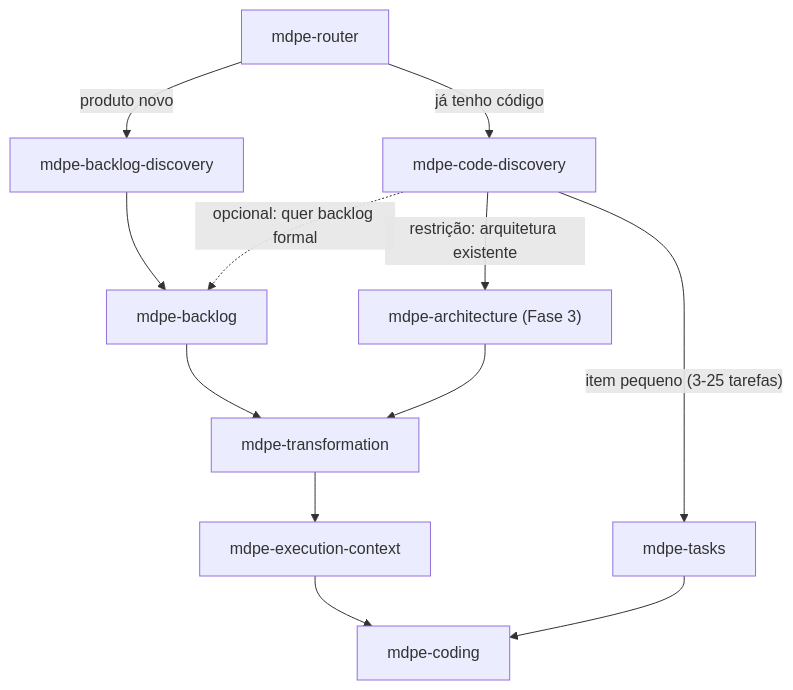
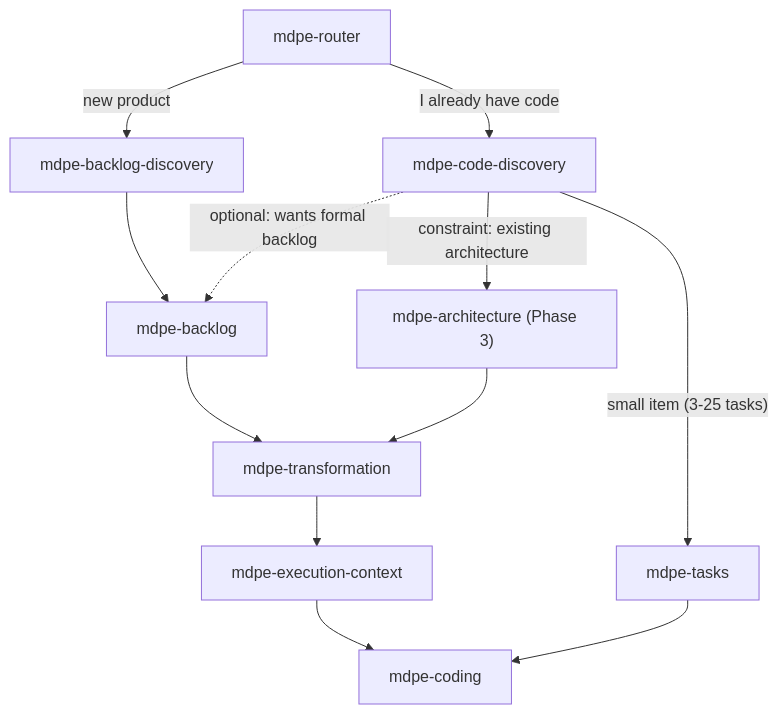
Before and after one commit to kallebelins/mdpe-skills: the diagram in docs/adr/adr-001-brownfield-discovery.md, drawn with Mermaid. The commit also changed other lines of this file and 15 other files, not shown here.

````diff
--- a/docs/adr/adr-001-brownfield-discovery.md
+++ b/docs/adr/adr-001-brownfield-discovery.md
@@ -57,14 +58,14 @@
 ```mermaid
 graph TD
-    R[mdpe-router] -->|produto novo| D[mdpe-backlog-discovery]
-    R -->|"já tenho código"| CD[mdpe-code-discovery]
+    R[mdpe-router] -->|new product| D[mdpe-backlog-discovery]
+    R -->|"I already have code"| CD[mdpe-code-discovery]
     D --> B[mdpe-backlog]
-    CD -.->|"opcional: quer backlog formal"| B
-    CD -->|"restrição: arquitetura existente"| A["mdpe-architecture (Fase 3)"]
-    CD -->|"item pequeno (3-25 tarefas)"| MT[mdpe-tasks]
+    CD -.->|"optional: wants formal backlog"| B
+    CD -->|"constraint: existing architecture"| A["mdpe-architecture (Phase 3)"]
+    CD -->|"small item (3-25 tasks)"| MT[mdpe-tasks]
     B --> T[mdpe-transformation]
     A --> T
     T --> EC[mdpe-execution-context]
     MT --> C[mdpe-coding]
     EC --> C
 ```
````
